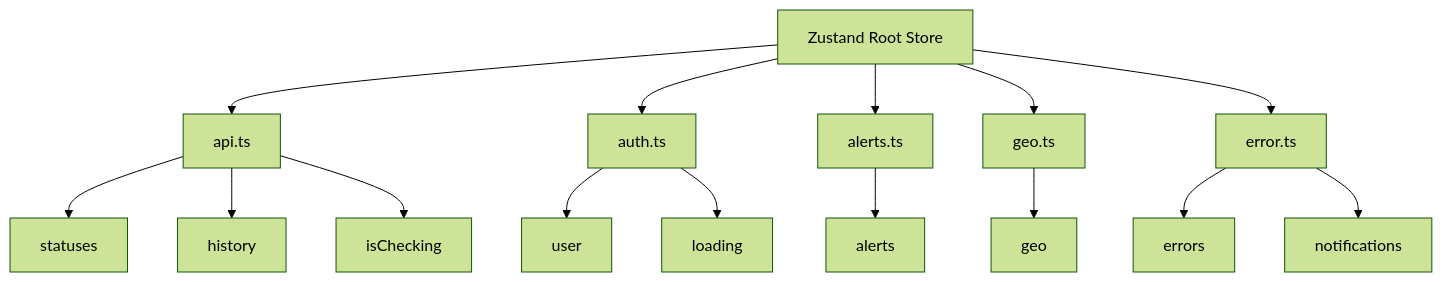
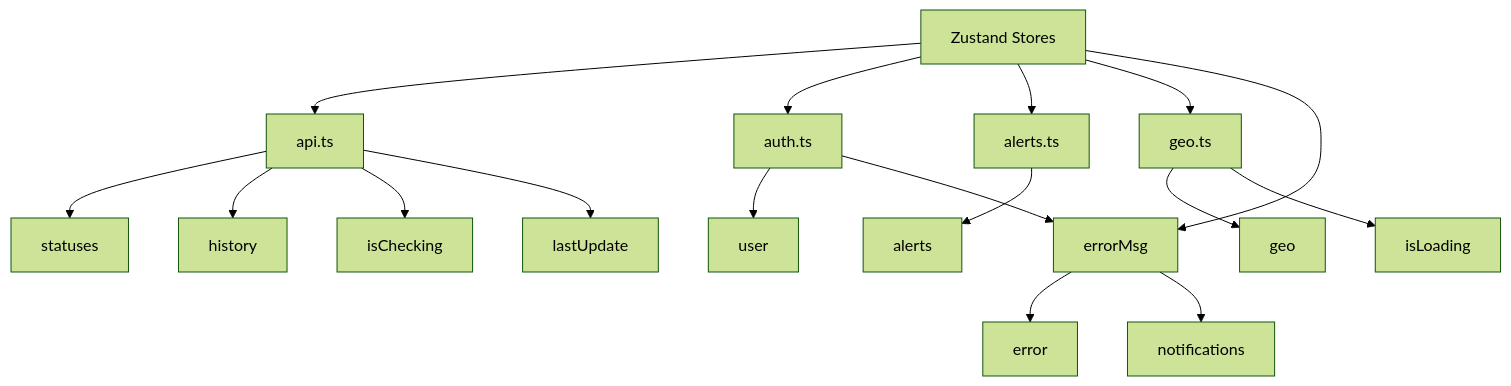
Before and after one commit to AjaCHN/LLM-API-Sentinel: the fourth of 4 diagrams in openspec/logic.md, drawn with Mermaid (forest theme). The commit also changed other lines of this file and 13 other files, not shown here.

````diff
--- a/openspec/logic.md
+++ b/openspec/logic.md
@@ -671,22 +706,24 @@
 ```mermaid
 graph TD
-    RootStore[Zustand Root Store] --> api[api.ts]
+    RootStore[Zustand Stores] --> api[api.ts]
     RootStore --> auth[auth.ts]
     RootStore --> alerts[alerts.ts]
     RootStore --> geo[geo.ts]
     RootStore --> error[error.ts]
     
     api --> statuses[statuses]
     api --> history[history]
     api --> isChecking[isChecking]
+    api --> lastUpdate[lastUpdate]
     
     auth --> user[user]
-    auth --> loading[loading]
+    auth --> error[errorMsg]
     
     alerts --> alertsList[alerts]
     
     geo --> geoInfo[geo]
+    geo --> isLoading[isLoading]
     
-    error --> errors[errors]
+    error --> appError[error]
     error --> notifications[notifications]
 ```
````
